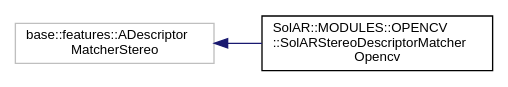
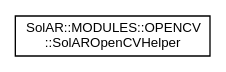
The diagram in api_module_documentation/inherit_graph_9.dot (SolarFramework/solarframework.github.io), drawn with Graphviz before and after one commit. The commit also changed 64 other files, not shown here.

```diff
--- a/api_module_documentation/inherit_graph_9.dot
+++ b/api_module_documentation/inherit_graph_9.dot
@@ -1,10 +1,8 @@
 digraph "Graphical Class Hierarchy"
 {
  // LATEX_PDF_SIZE
   edge [fontname="Helvetica",fontsize="10",labelfontname="Helvetica",labelfontsize="10"];
   node [fontname="Helvetica",fontsize="10",shape=record];
   rankdir="LR";
-  Node11 [label="base::features::ADescriptor\lMatcherStereo",height=0.2,width=0.4,color="grey75", fillcolor="white", style="filled",tooltip=" "];
-  Node11 -> Node0 [dir="back",color="midnightblue",fontsize="10",style="solid",fontname="Helvetica"];
-  Node0 [label="SolAR::MODULES::OPENCV\l::SolARStereoDescriptorMatcher\lOpencv",height=0.2,width=0.4,color="black", fillcolor="white", style="filled",URL="$class_sol_a_r_1_1_m_o_d_u_l_e_s_1_1_o_p_e_n_c_v_1_1_sol_a_r_stereo_descriptor_matcher_opencv.html",tooltip="Matches two sets of descriptors from stereo images. UUID: a2740dbd-a17d-4a48-9f3f-3ddc38479745"];
+  Node0 [label="SolAR::MODULES::OPENCV\l::SolAROpenCVHelper",height=0.2,width=0.4,color="black", fillcolor="white", style="filled",URL="$class_sol_a_r_1_1_m_o_d_u_l_e_s_1_1_o_p_e_n_c_v_1_1_sol_a_r_open_c_v_helper.html",tooltip="A toolbox to convert OpenCV structures to SolAR structures and respectively."];
 }
```
